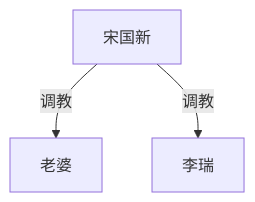
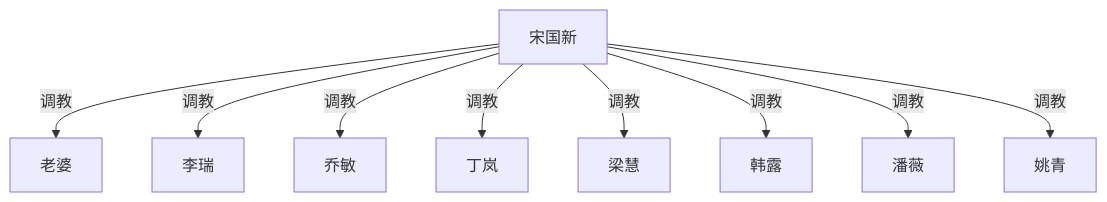
Before and after one commit to victor-w-ma/victor-w-ma.github.io: the diagram in _posts/ideas/cuckold-slave-continuation-plan.md, drawn with Mermaid. The commit also changed other lines of this file, not shown here.

First line of the commit message:
Name the six women on Song's pipeline.

````diff
--- a/_posts/ideas/cuckold-slave-continuation-plan.md
+++ b/_posts/ideas/cuckold-slave-continuation-plan.md
@@ -23,8 +23,20 @@
 ```mermaid
 graph TD
  song["宋国新"]
  wife["老婆"]
  li["李瑞"]
+ qiaomin["乔敏"]
+ dinglan["丁岚"]
+ lianghui["梁慧"]
+ hanlu["韩露"]
+ panwei["潘薇"]
+ yaoqing["姚青"]
  song -->|调教| wife
  song -->|调教| li
+ song -->|调教| qiaomin
+ song -->|调教| dinglan
+ song -->|调教| lianghui
+ song -->|调教| hanlu
+ song -->|调教| panwei
+ song -->|调教| yaoqing
 ```
````
